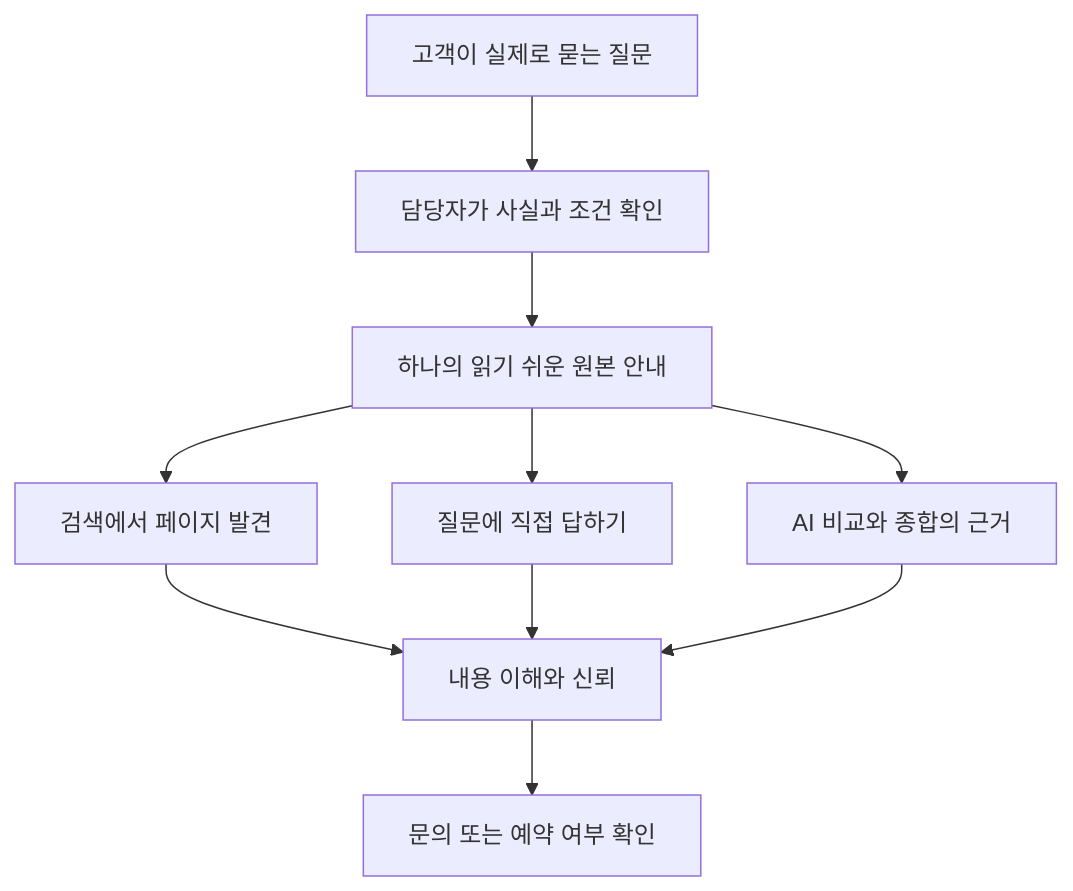
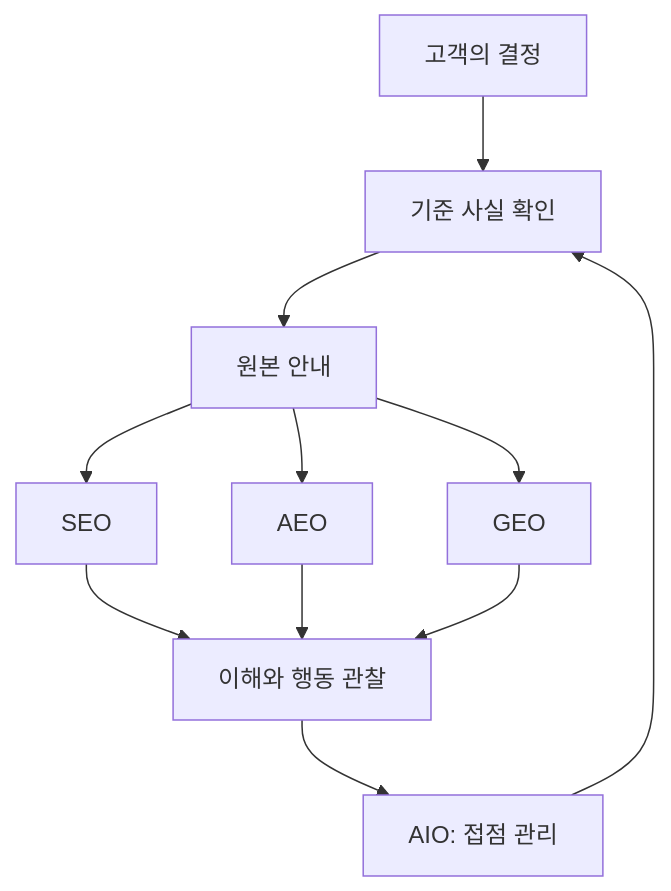
The diagram in knowledge/ko/digital-marketing/search-and-ai-discovery.md (KamiJeong/engineering-fieldbook), drawn with Mermaid before and after one commit. The commit also changed other lines of this file and 22 other files, not shown here.

````diff
--- a/knowledge/ko/digital-marketing/search-and-ai-discovery.md
+++ b/knowledge/ko/digital-marketing/search-and-ai-discovery.md
@@ -163,12 +114,13 @@
 ```mermaid
 flowchart TD
-    A[고객이 실제로 묻는 질문] --> B[담당자가 사실과 조건 확인]
-    B --> C[하나의 읽기 쉬운 원본 안내]
-    C --> D[검색에서 페이지 발견]
-    C --> E[질문에 직접 답하기]
-    C --> F[AI 비교와 종합의 근거]
-    D --> G[내용 이해와 신뢰]
+    A[고객의 결정] --> B[기준 사실 확인]
+    B --> C[원본 안내]
+    C --> D[SEO]
+    C --> E[AEO]
+    C --> F[GEO]
+    D --> G[이해와 행동 관찰]
     E --> G
     F --> G
-    G --> H[문의 또는 예약 여부 확인]
+    G --> H[AIO: 접점 관리]
+    H --> B
 ```
````
